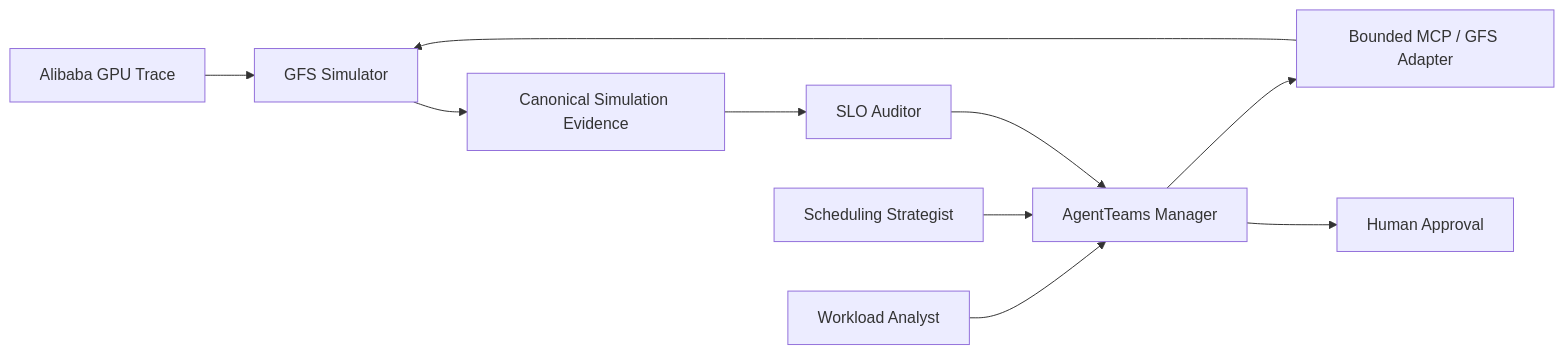
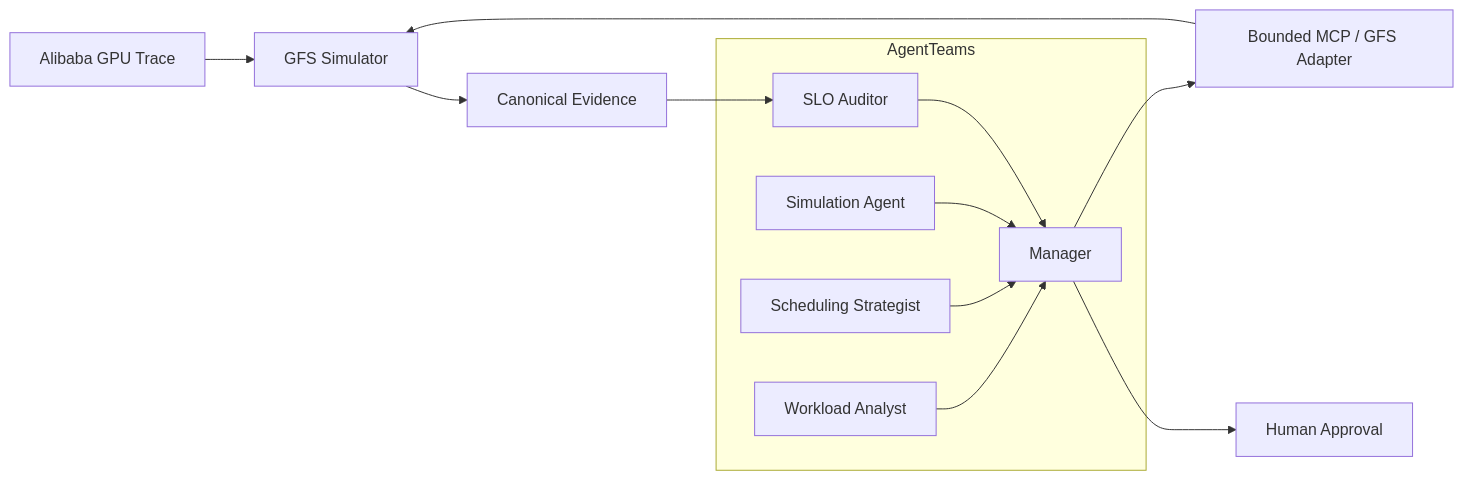
The diagram in README.md (Hai-qq/SchedNav), drawn with Mermaid before and after one commit. The commit also changed other lines of this file and 1 other file, not shown here.

````diff
--- a/README.md
+++ b/README.md
@@ -11,12 +25,22 @@
 ```mermaid
 flowchart LR
     T["Alibaba GPU Trace"] --> G["GFS Simulator"]
-    A["Workload Analyst"] --> M["AgentTeams Manager"]
-    S["Scheduling Strategist"] --> M
+
+    subgraph AT["AgentTeams"]
+        W["Workload Analyst"]
+        S["Scheduling Strategist"]
+        X["Simulation Agent"]
+        A["SLO Auditor"]
+        M["Manager"]
+        W --> M
+        S --> M
+        X --> M
+        A --> M
+    end
+
     M --> B["Bounded MCP / GFS Adapter"]
     B --> G
-    G --> E["Canonical Simulation Evidence"]
-    E --> U["SLO Auditor"]
-    U --> M
+    G --> E["Canonical Evidence"]
+    E --> A
     M --> H["Human Approval"]
 ```
````
